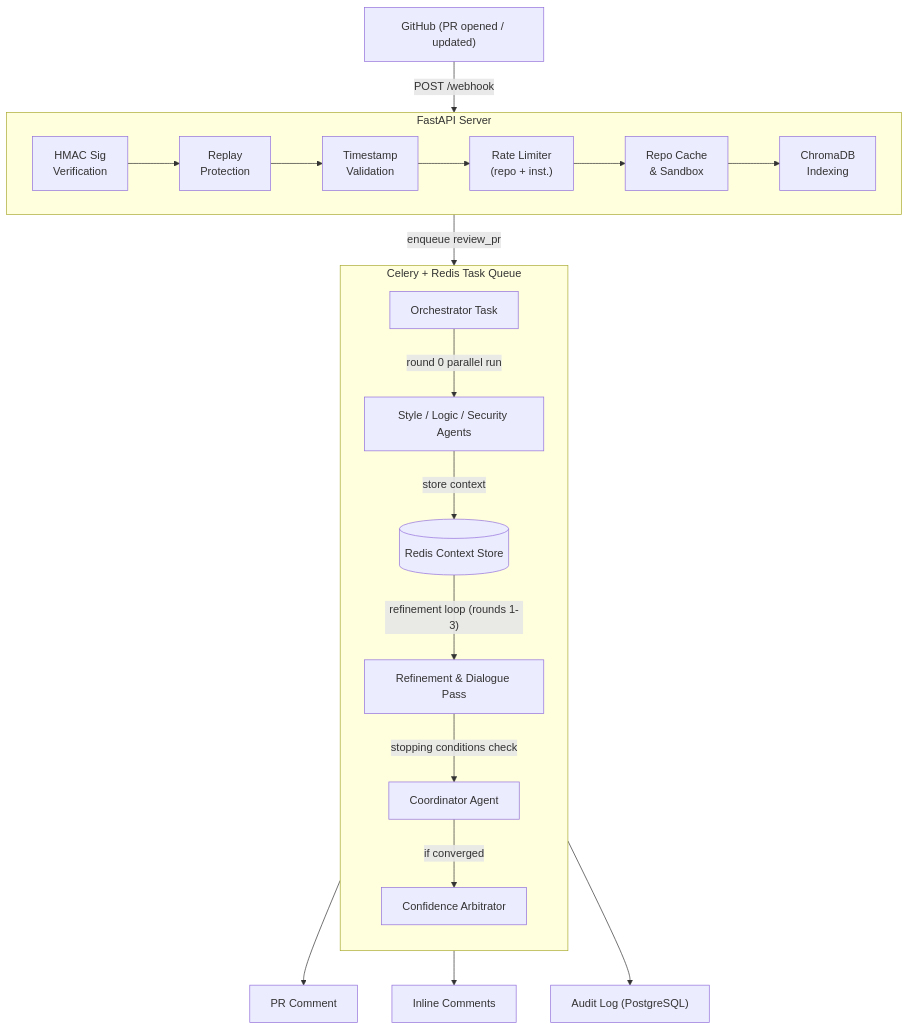
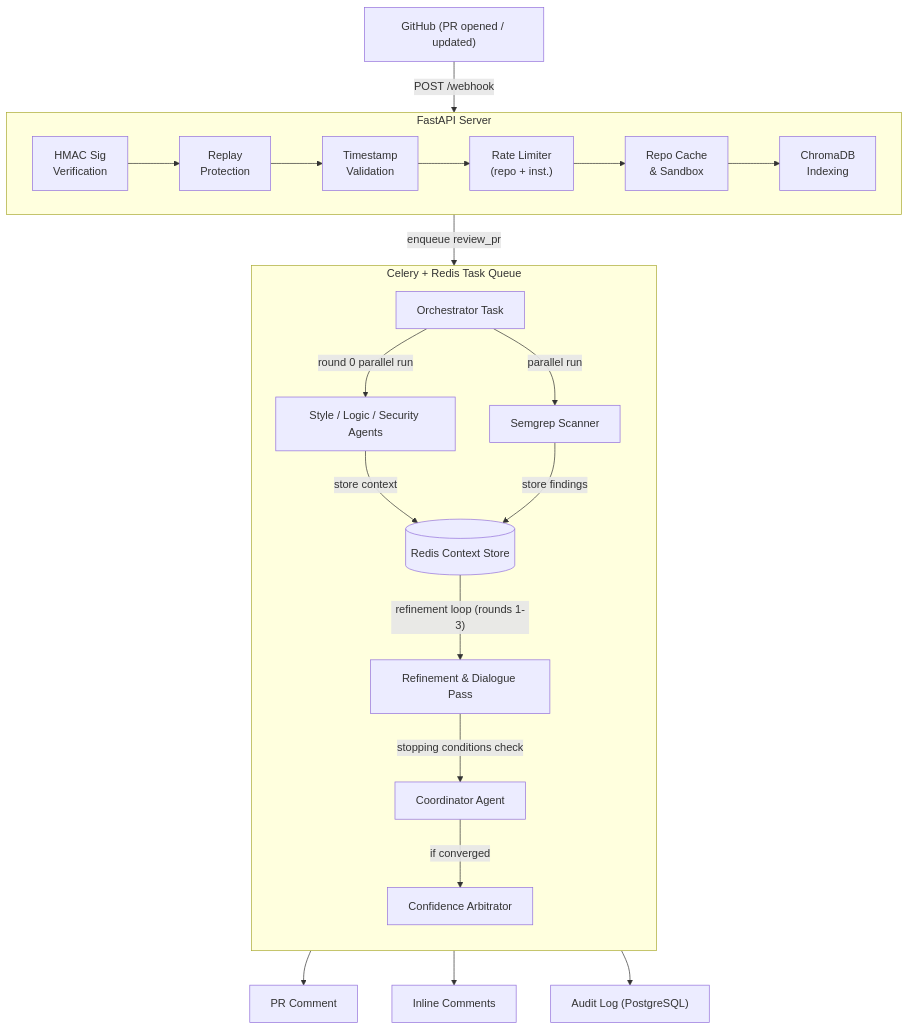
Before and after one commit to purvanshh/PRGuard-AI: the diagram in README.md, drawn with Mermaid. The commit also changed other lines of this file, not shown here.

Commit message:
docs: document semgrep scanner in architecture, agent breakdown, and env vars

````diff
--- a/README.md
+++ b/README.md
@@ -46,29 +46,31 @@
 ```mermaid
 flowchart TD
     GH["GitHub (PR opened / updated)"]
     GH -->|"POST /webhook"| FW
 
     subgraph FW["FastAPI Server"]
         direction LR
         HMAC["HMAC Sig\nVerification"] --> REPLAY["Replay\nProtection"]
         REPLAY --> TS["Timestamp\nValidation"]
         TS --> RL["Rate Limiter\n(repo + inst.)"]
         RL --> CLONE["Repo Cache\n& Sandbox"]
         CLONE --> IDX["ChromaDB\nIndexing"]
     end
 
     FW -->|"enqueue review_pr"| CQ
 
     subgraph CQ["Celery + Redis Task Queue"]
         direction TB
         ORCH["Orchestrator Task"] -->|"round 0 parallel run"| INIT["Style / Logic / Security Agents"]
+        ORCH -->|"parallel run"| SEMGREP["Semgrep Scanner"]
         INIT -->|"store context"| REDIS[("Redis Context Store")]
+        SEMGREP -->|"store findings"| REDIS
         REDIS -->|"refinement loop (rounds 1-3)"| REF["Refinement & Dialogue Pass"]
         REF -->|"stopping conditions check"| COORD["Coordinator Agent"]
         COORD -->|"if converged"| ARB["Confidence Arbitrator"]
     end
 
     ARB --> C1["PR Comment"]
     ARB --> C2["Inline Comments"]
     ARB --> C3["Audit Log (PostgreSQL)"]
 ```
````
